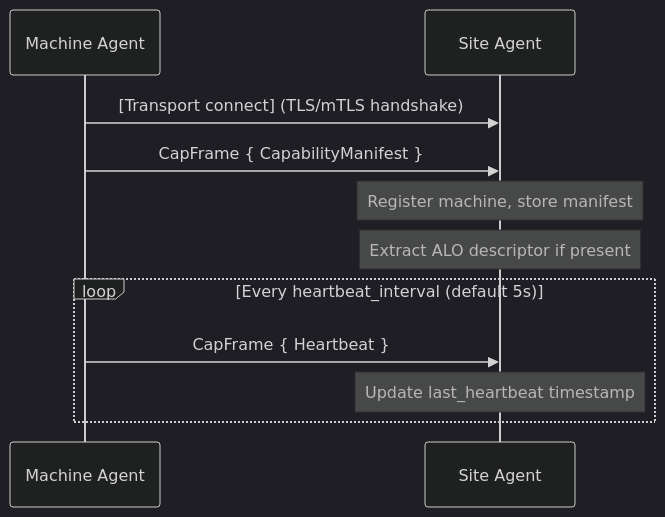
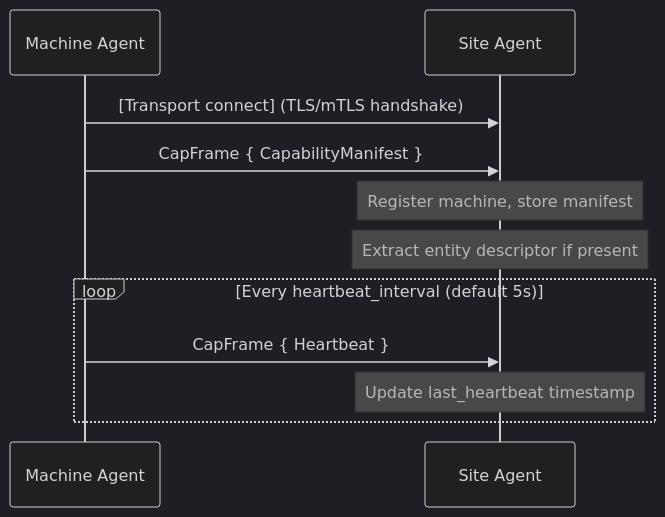
One commit to cooperative-agent-protocol/cap-spec changed the first of 12 diagrams in docs/specification/ch05-protocol-flows.md. Above: the diagram before and after it, drawn with Mermaid (dark theme). The commit also changed other lines of this file and 30 other files, not shown here.

First line of the commit message:
refactor(spec)!: rename ALO -> EntityDescriptor across proto and docs

````diff
--- a/docs/specification/ch05-protocol-flows.md
+++ b/docs/specification/ch05-protocol-flows.md
@@ -17,15 +17,15 @@
 ```mermaid
 sequenceDiagram
     participant M as Machine Agent
     participant S as Site Agent
 
     M->>S: [Transport connect] (TLS/mTLS handshake)
     M->>S: CapFrame { CapabilityManifest }
     Note over S: Register machine, store manifest
-    Note over S: Extract ALO descriptor if present
+    Note over S: Extract entity descriptor if present
 
     loop Every heartbeat_interval (default 5s)
         M->>S: CapFrame { Heartbeat }
         Note over S: Update last_heartbeat timestamp
     end
 ```
````
